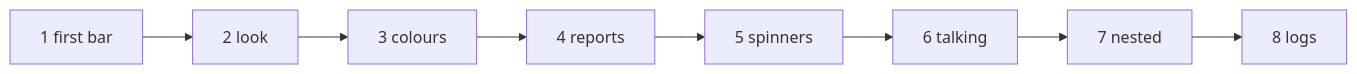
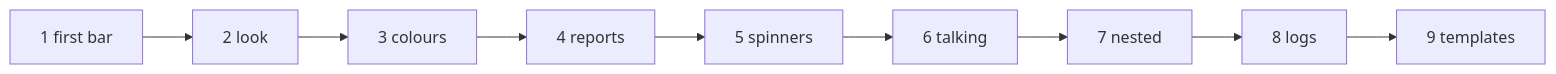
One commit to szaghi/forbear changed the diagram in docs/manual/index.md. Above: the diagram before and after it, drawn with Mermaid. The commit also changed other lines of this file and 51 other files, not shown here.

````diff
--- a/docs/manual/index.md
+++ b/docs/manual/index.md
@@ -27,5 +28,5 @@
 ```mermaid
 flowchart LR
   c1[1 first bar] --> c2[2 look] --> c3[3 colours] --> c4[4 reports] --> c5[5 spinners]
-  c5 --> c6[6 talking] --> c7[7 nested] --> c8[8 logs]
+  c5 --> c6[6 talking] --> c7[7 nested] --> c8[8 logs] --> c9[9 templates]
 ```
````
